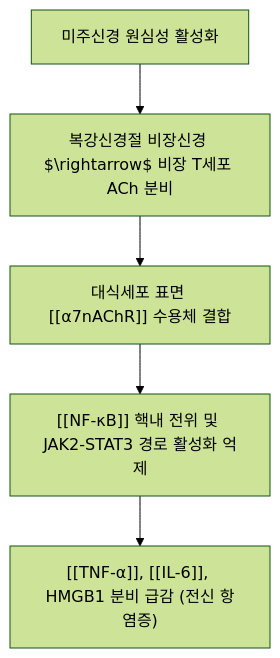
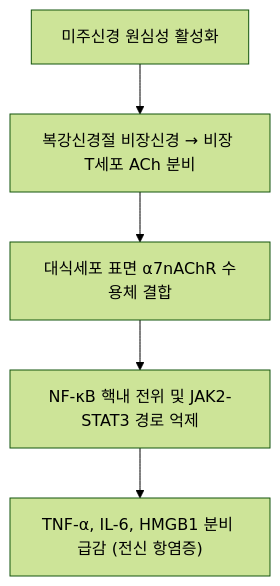
One commit to simbio11/simbio-digital-garden2 changed the second of 2 diagrams in content/3. 이론 공부/의학개념/신경생리·수용기/부교감신경.md. Above: the diagram before and after it, drawn with Mermaid (forest theme). The commit also changed other lines of this file and 424 other files, not shown here.

````diff
--- a/content/3. 이론 공부/의학개념/신경생리·수용기/부교감신경.md
+++ b/content/3. 이론 공부/의학개념/신경생리·수용기/부교감신경.md
@@ -70,7 +57,7 @@
 ```mermaid
 graph TD
-    VagusStim["미주신경 원심성 활성화"] --> AChRelease["복강신경절 비장신경 $\rightarrow$ 비장 T세포 ACh 분비"]
-    AChRelease --> Alpha7["대식세포 표면 [[α7nAChR]] 수용체 결합"]
-    Alpha7 --> BlockNFkB["[[NF-κB]] 핵내 전위 및 JAK2-STAT3 경로 활성화 억제"]
-    BlockNFkB --> SuppressCyto["[[TNF-α]], [[IL-6]], HMGB1 분비 급감 (전신 항염증)"]
+    VagusStim["미주신경 원심성 활성화"] --> AChRelease["복강신경절 비장신경 → 비장 T세포 ACh 분비"]
+    AChRelease --> Alpha7["대식세포 표면 α7nAChR 수용체 결합"]
+    Alpha7 --> BlockNFkB["NF-κB 핵내 전위 및 JAK2-STAT3 경로 억제"]
+    BlockNFkB --> SuppressCyto["TNF-α, IL-6, HMGB1 분비 급감 (전신 항염증)"]
 ```
````
